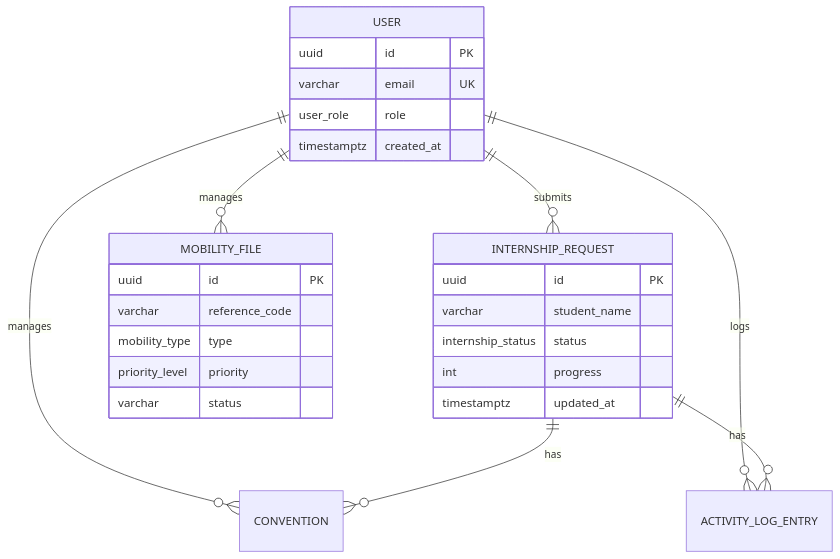
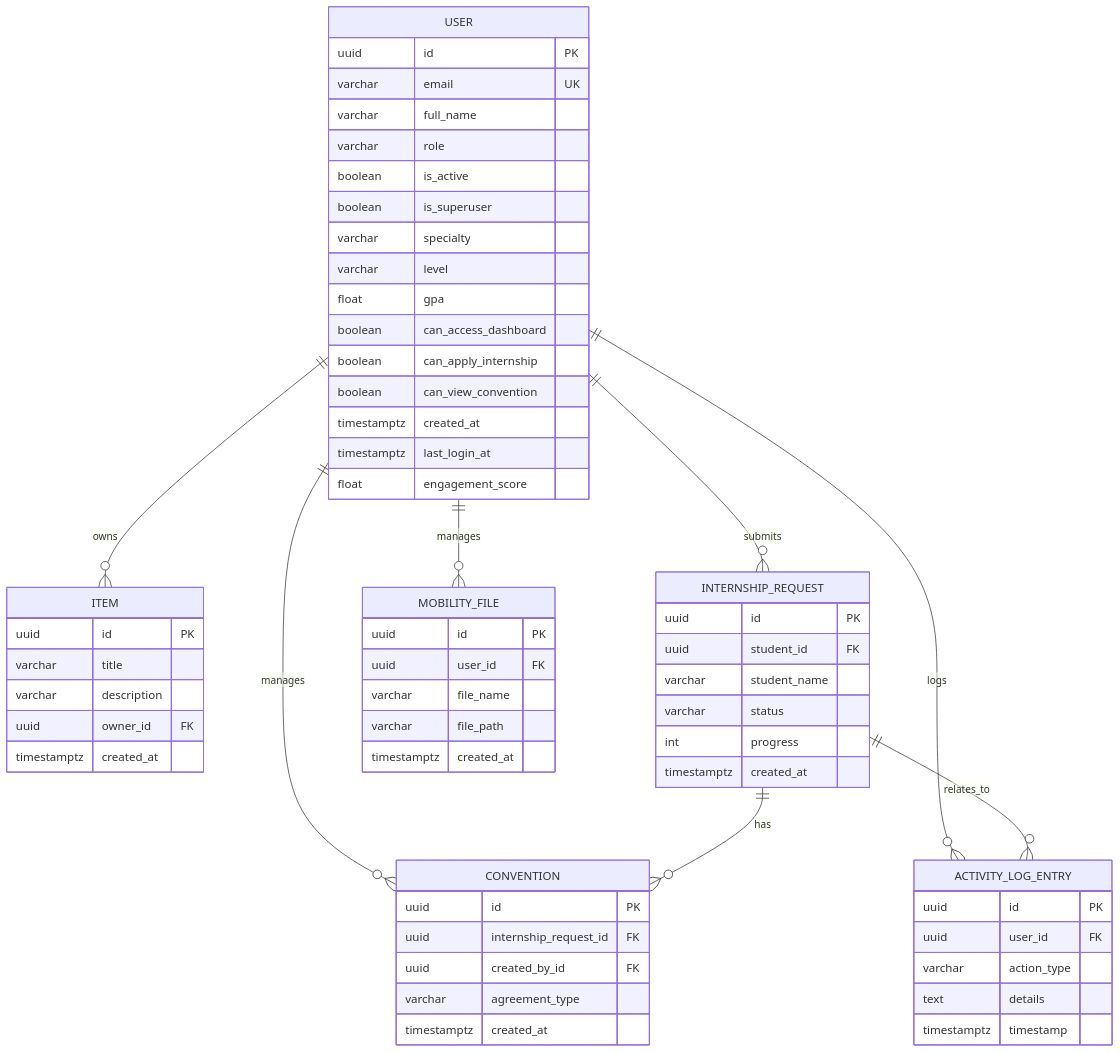
One commit to Sou1lah/hackathon---2026-30-04 changed the seventh of 7 diagrams in README.md. Above: the diagram before and after it, drawn with Mermaid. The commit also changed other lines of this file, not shown here.

````diff
--- a/README.md
+++ b/README.md
@@ -79,33 +403,69 @@
 ```mermaid
 erDiagram
-    USER ||--o{ INTERNSHIP_REQUEST : "submits"
-    USER ||--o{ CONVENTION : "manages"
-    USER ||--o{ MOBILITY_FILE : "manages"
-    USER ||--o{ ACTIVITY_LOG_ENTRY : "logs"
-    
-    INTERNSHIP_REQUEST ||--o{ CONVENTION : "has"
-    INTERNSHIP_REQUEST ||--o{ ACTIVITY_LOG_ENTRY : "has"
+    USER ||--o{ ITEM : owns
+    USER ||--o{ INTERNSHIP_REQUEST : submits
+    USER ||--o{ CONVENTION : manages
+    USER ||--o{ MOBILITY_FILE : manages
+    USER ||--o{ ACTIVITY_LOG_ENTRY : logs
+    INTERNSHIP_REQUEST ||--o{ CONVENTION : has
+    INTERNSHIP_REQUEST ||--o{ ACTIVITY_LOG_ENTRY : relates_to
 
     USER {
         uuid id PK
         varchar email UK
-        user_role role
+        varchar full_name
+        varchar role
+        boolean is_active
+        boolean is_superuser
+        varchar specialty
+        varchar level
+        float gpa
+        boolean can_access_dashboard
+        boolean can_apply_internship
+        boolean can_view_convention
+        timestamptz created_at
+        timestamptz last_login_at
+        float engagement_score
+    }
+
+    ITEM {
+        uuid id PK
+        varchar title
+        varchar description
+        uuid owner_id FK
         timestamptz created_at
     }
 
     INTERNSHIP_REQUEST {
         uuid id PK
+        uuid student_id FK
         varchar student_name
-        internship_status status
+        varchar status
         int progress
-        timestamptz updated_at
+        timestamptz created_at
+    }
+
+    CONVENTION {
+        uuid id PK
+        uuid internship_request_id FK
+        uuid created_by_id FK
+        varchar agreement_type
+        timestamptz created_at
     }
 
     MOBILITY_FILE {
         uuid id PK
-        varchar reference_code
-        mobility_type type
-        priority_level priority
-        varchar status
+        uuid user_id FK
+        varchar file_name
+        varchar file_path
+        timestamptz created_at
+    }
+
+    ACTIVITY_LOG_ENTRY {
+        uuid id PK
+        uuid user_id FK
+        varchar action_type
+        text details
+        timestamptz timestamp
     }
 ```
````
